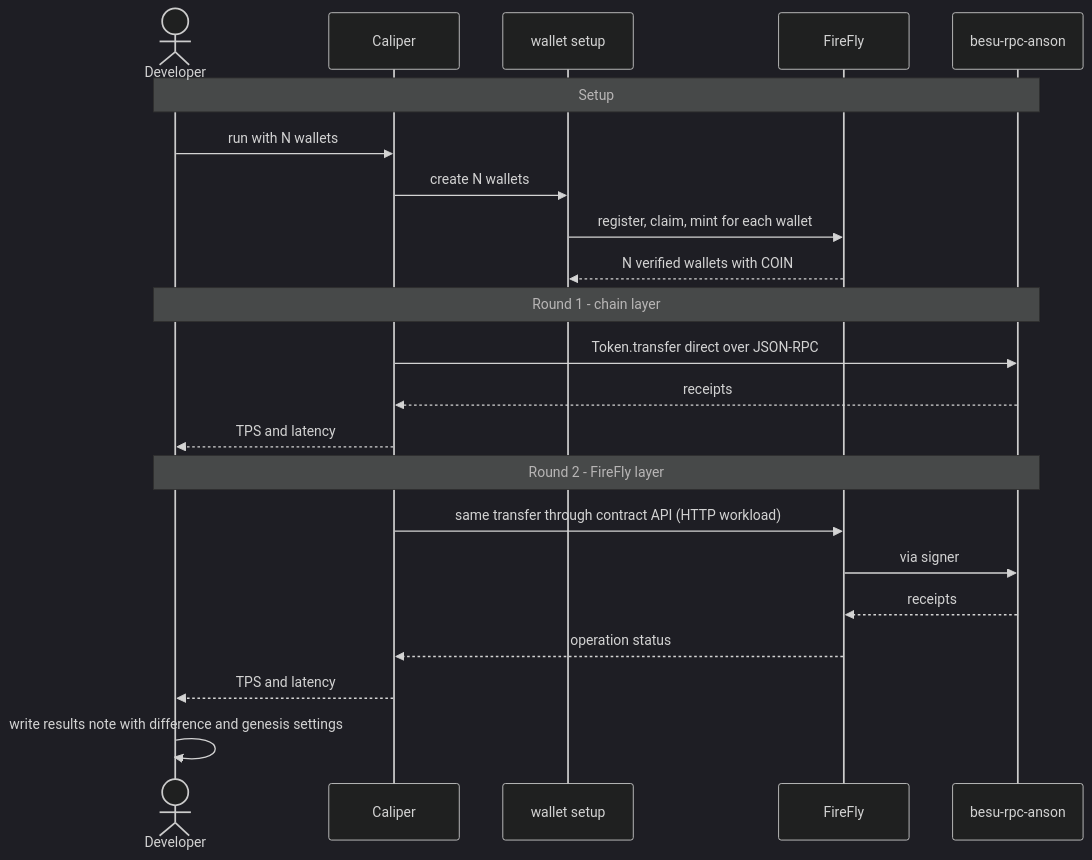
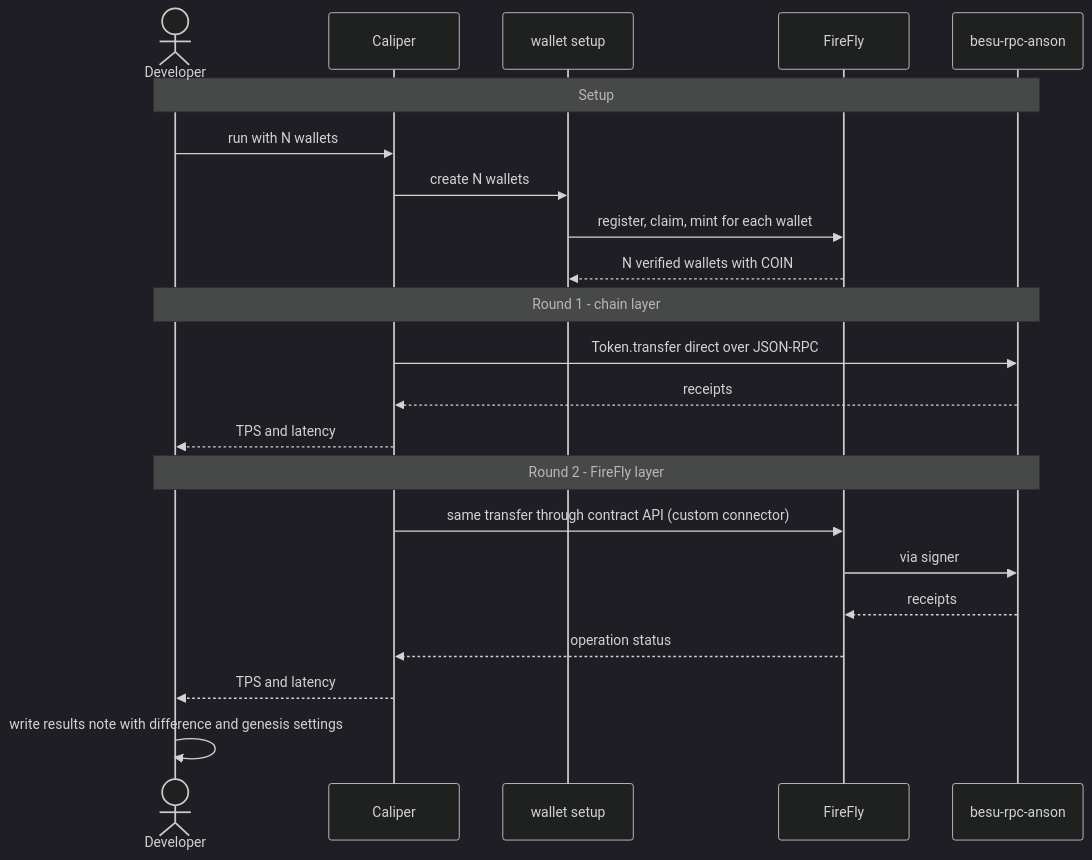
One commit to hohowin/besu-with-firefly changed the tenth of 11 diagrams in docs/use-cases.md. Above: the diagram before and after it, drawn with Mermaid (dark theme). The commit also changed other lines of this file and 5 other files, not shown here.

````diff
--- a/docs/use-cases.md
+++ b/docs/use-cases.md
@@ -448,28 +460,28 @@
 ```mermaid
 sequenceDiagram
     actor Dev as Developer
     participant CAL as Caliper
     participant WS as wallet setup
     participant FF as FireFly
     participant RPC as besu-rpc-anson
 
     Note over Dev,RPC: Setup
     Dev->>CAL: run with N wallets
     CAL->>WS: create N wallets
     WS->>FF: register, claim, mint for each wallet
     FF-->>WS: N verified wallets with COIN
 
     Note over Dev,RPC: Round 1 - chain layer
     CAL->>RPC: Token.transfer direct over JSON-RPC
     RPC-->>CAL: receipts
     CAL-->>Dev: TPS and latency
 
     Note over Dev,RPC: Round 2 - FireFly layer
-    CAL->>FF: same transfer through contract API (HTTP workload)
+    CAL->>FF: same transfer through contract API (custom connector)
     FF->>RPC: via signer
     RPC-->>FF: receipts
     FF-->>CAL: operation status
     CAL-->>Dev: TPS and latency
 
     Dev->>Dev: write results note with difference and genesis settings
 ```
````
